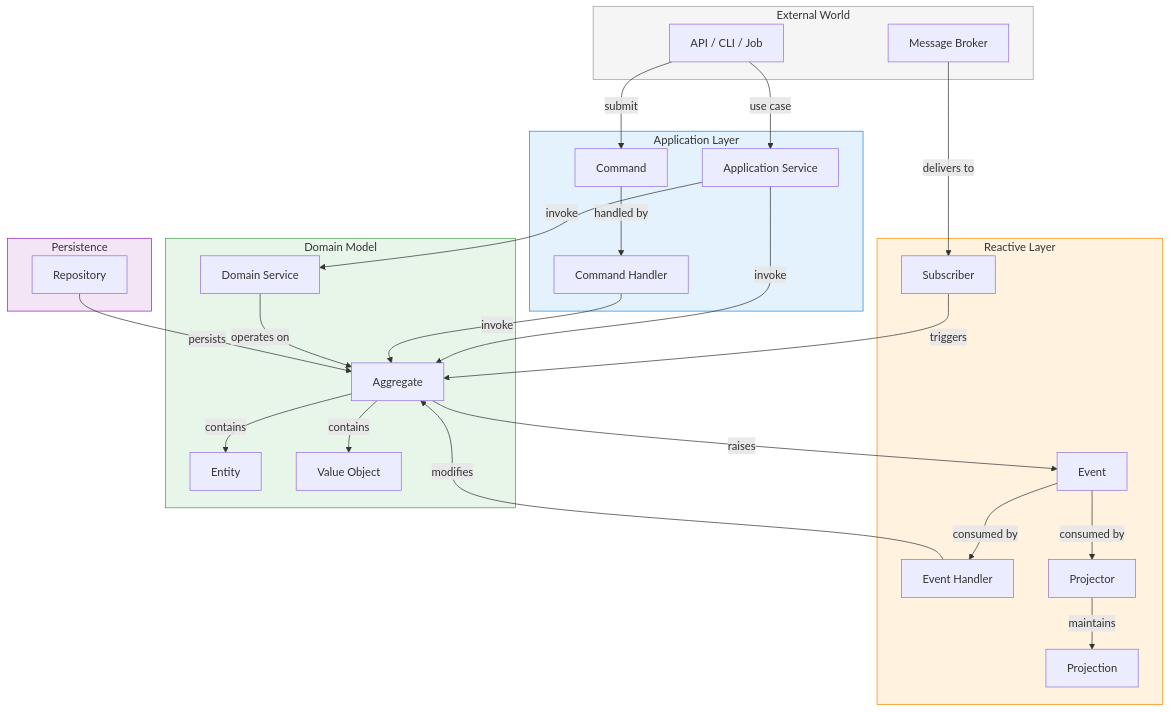
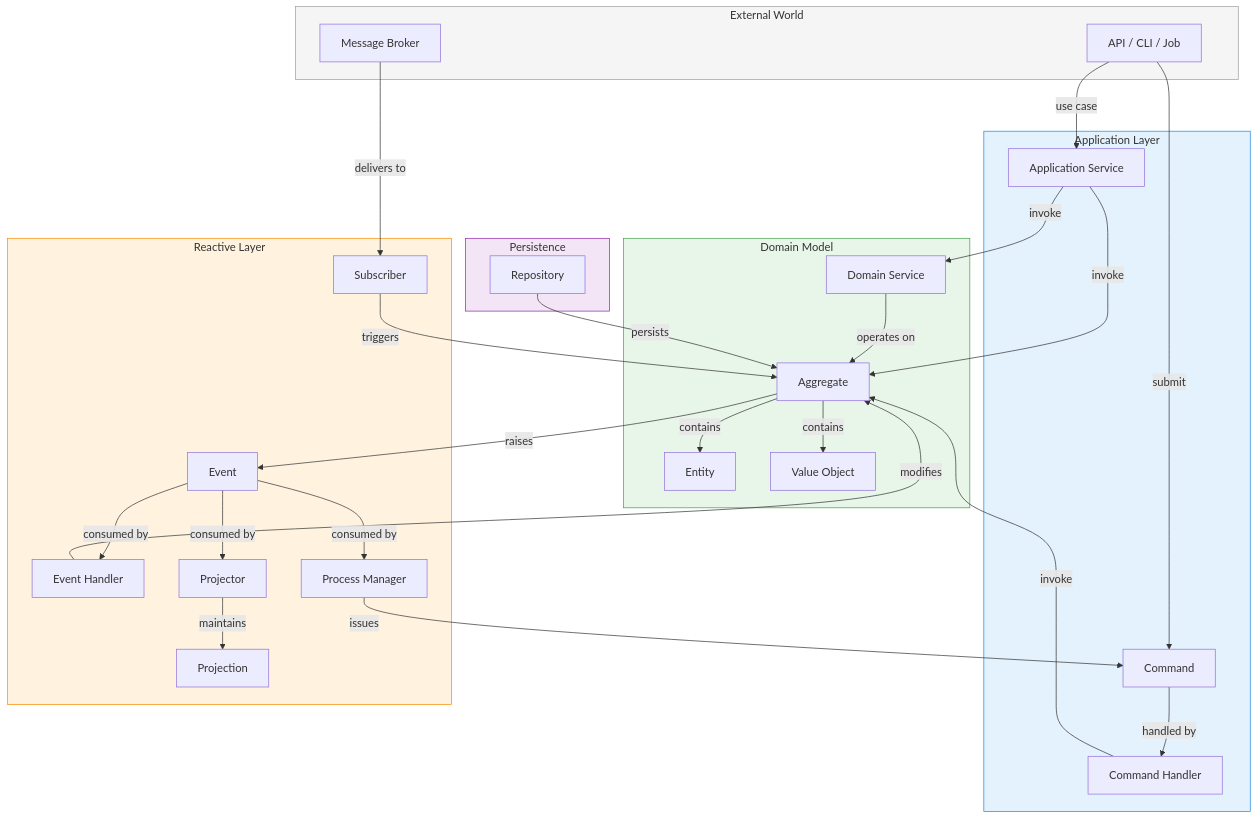
The diagram in docs/core-concepts/domain-elements/index.md (proteanhq/protean), drawn with Mermaid before and after one commit. The commit also changed other lines of this file and 30 other files, not shown here.

````diff
--- a/docs/core-concepts/domain-elements/index.md
+++ b/docs/core-concepts/domain-elements/index.md
@@ -11,62 +11,65 @@
 ```mermaid
 graph TB
     subgraph EXT["External World"]
         API["API / CLI / Job"]
         Broker["Message Broker"]
     end
 
     subgraph APP["Application Layer"]
         AS["Application Service"]
         Cmd["Command"]
         CH["Command Handler"]
     end
 
     subgraph DOM["Domain Model"]
         Agg["Aggregate"]
         Ent["Entity"]
         VO["Value Object"]
         DS["Domain Service"]
     end
 
     subgraph REACT["Reactive Layer"]
         Evt["Event"]
         EH["Event Handler"]
+        PM["Process Manager"]
         Proj["Projection"]
         Pjr["Projector"]
         Sub["Subscriber"]
     end
 
     subgraph PERSIST["Persistence"]
         Repo["Repository"]
     end
 
     API -->|"use case"| AS
     API -->|"submit"| Cmd
     Cmd -->|"handled by"| CH
 
     AS -->|"invoke"| Agg
     AS -->|"invoke"| DS
     CH -->|"invoke"| Agg
 
     Agg -->|"contains"| Ent
     Agg -->|"contains"| VO
     DS -->|"operates on"| Agg
 
     Agg -->|"raises"| Evt
     Evt -->|"consumed by"| EH
+    Evt -->|"consumed by"| PM
     Evt -->|"consumed by"| Pjr
     Pjr -->|"maintains"| Proj
 
     Broker -->|"delivers to"| Sub
     Sub -->|"triggers"| Agg
 
     Repo -->|"persists"| Agg
 
     EH -->|"modifies"| Agg
+    PM -->|"issues"| Cmd
 
     style EXT fill:#f5f5f5,stroke:#9e9e9e
     style APP fill:#e3f2fd,stroke:#1e88e5
     style DOM fill:#e8f5e9,stroke:#43a047
     style REACT fill:#fff3e0,stroke:#fb8c00
     style PERSIST fill:#f3e5f5,stroke:#8e24aa
 ```
````
